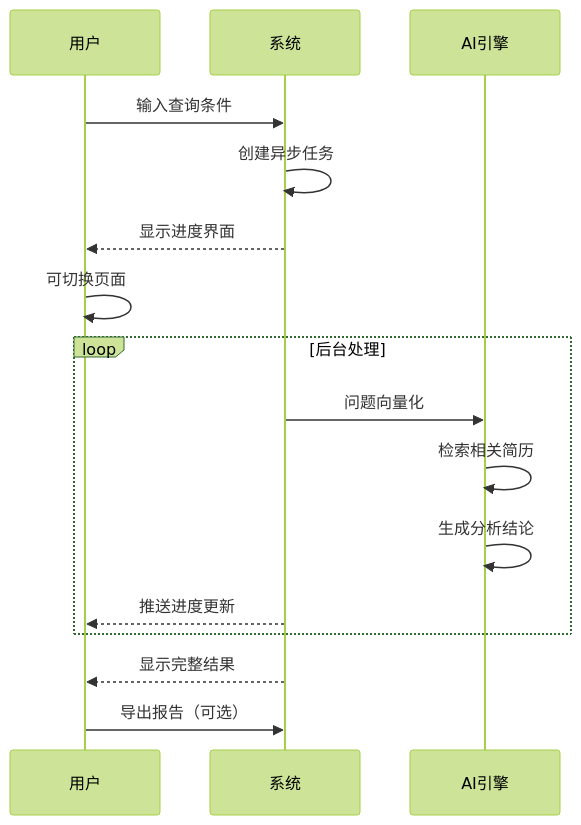
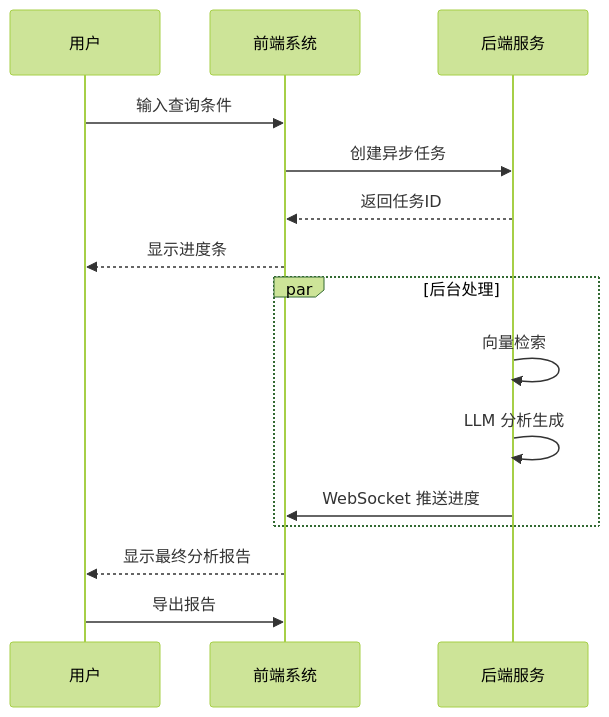
Before and after one commit to xt765/ResumeScreening: the sixth of 8 diagrams in docs/usage.md, drawn with Mermaid (forest theme). The commit also changed other lines of this file and 5 other files, not shown here.

Commit message:
refactor: remove similarity score and update documentation diagrams

````diff
--- a/docs/usage.md
+++ b/docs/usage.md
@@ -272,21 +290,20 @@
 ```mermaid
 sequenceDiagram
-    participant U as 用户
-    participant S as 系统
-    participant A as AI引擎
+    participant User as 用户
+    participant System as 前端系统
+    participant Backend as 后端服务
     
-    U->>S: 输入查询条件
-    S->>S: 创建异步任务
-    S-->>U: 显示进度界面
-    U->>U: 可切换页面
+    User->>System: 输入查询条件
+    System->>Backend: 创建异步任务
+    Backend-->>System: 返回任务ID
+    System-->>User: 显示进度条
     
-    loop 后台处理
-        S->>A: 问题向量化
-        A->>A: 检索相关简历
-        A->>A: 生成分析结论
-        S-->>U: 推送进度更新
+    par 后台处理
+        Backend->>Backend: 向量检索
+        Backend->>Backend: LLM 分析生成
+        Backend->>System: WebSocket 推送进度
     end
     
-    S-->>U: 显示完整结果
-    U->>S: 导出报告（可选）
+    System-->>User: 显示最终分析报告
+    User->>System: 导出报告
 ```
````
